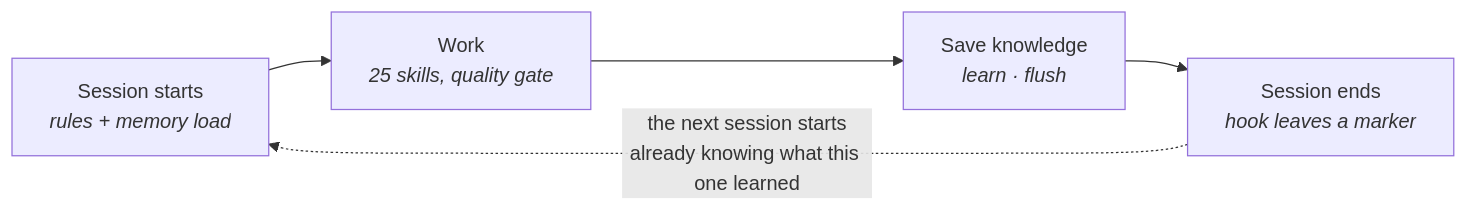
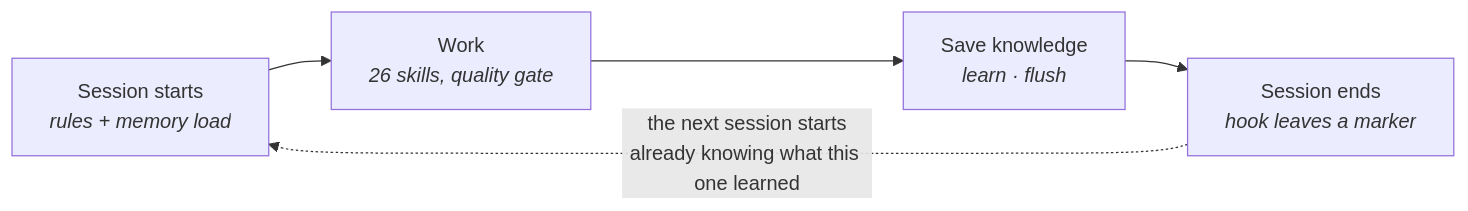
One commit to selawood-web/claude-code-generic-guide changed the first of 4 diagrams in SYSTEM-OVERVIEW.md. Above: the diagram before and after it, drawn with Mermaid. The commit also changed other lines of this file and 14 other files, not shown here.

````diff
--- a/SYSTEM-OVERVIEW.md
+++ b/SYSTEM-OVERVIEW.md
@@ -36,7 +36,7 @@
 ```mermaid
 flowchart LR
-    A["Session starts<br/><i>rules + memory load</i>"] --> B["Work<br/><i>25 skills, quality gate</i>"]
+    A["Session starts<br/><i>rules + memory load</i>"] --> B["Work<br/><i>26 skills, quality gate</i>"]
     B --> C["Save knowledge<br/><i>learn · flush</i>"]
     C --> D["Session ends<br/><i>hook leaves a marker</i>"]
     D -. "the next session starts<br/>already knowing what this one learned" .-> A
 ```
````
